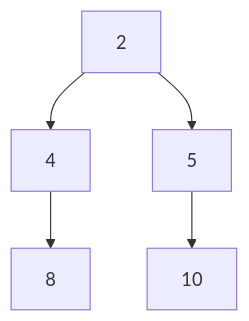
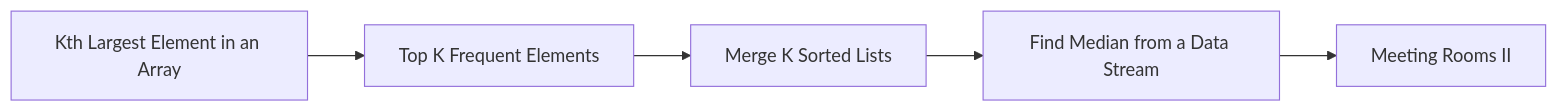
The fifth of 16 diagrams in docs/datastructures/heap-priority-queues.md (9999dude/omega), drawn with Mermaid before and after one commit. The commit also changed other lines of this file and 58 other files, not shown here.

````diff
--- a/docs/datastructures/heap-priority-queues.md
+++ b/docs/datastructures/heap-priority-queues.md
@@ -263,7 +137,8 @@
 ```mermaid
-graph TD
-    A["2"] --> B["4"]
-    A --> C["5"]
-    B --> D["8"]
-    C --> F["10"]
+flowchart LR
+    Q0["Kth Largest Element in an Array"]
+    Q0 --> Q1["Top K Frequent Elements"]
+    Q1 --> Q2["Merge K Sorted Lists"]
+    Q2 --> Q3["Find Median from a Data Stream"]
+    Q3 --> Q4["Meeting Rooms II"]
 ```
````
